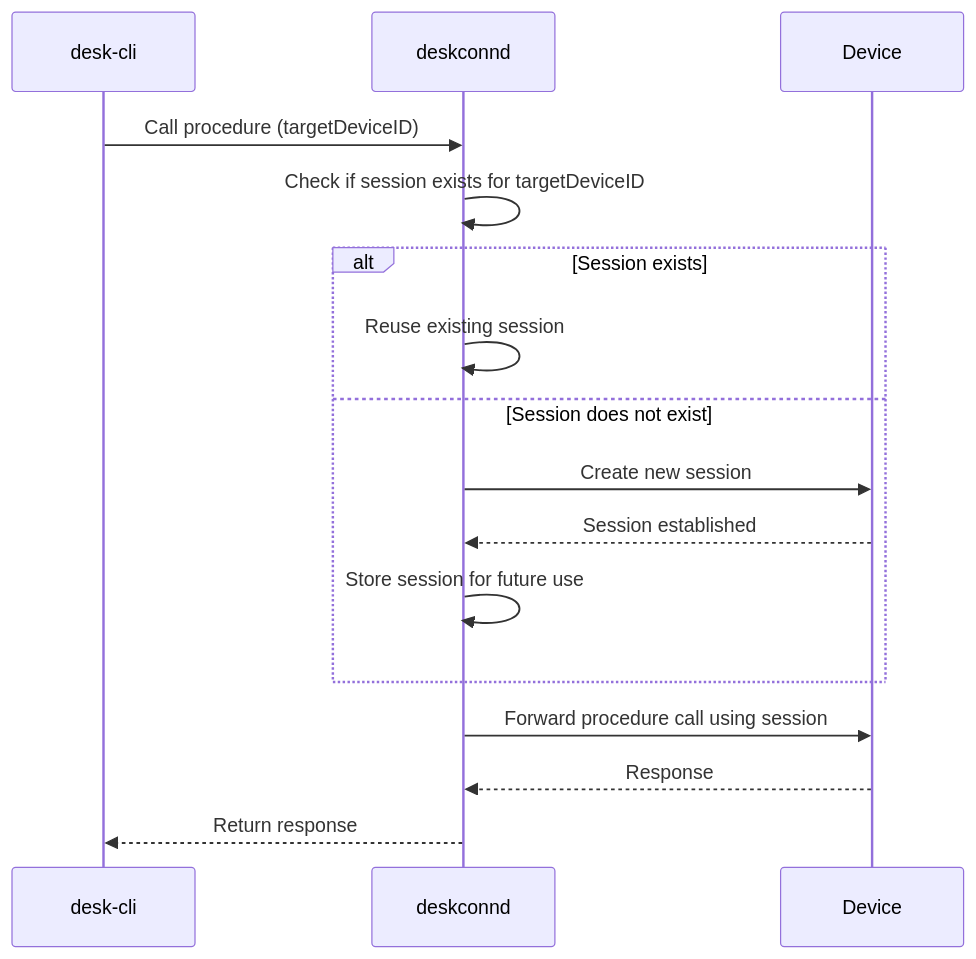
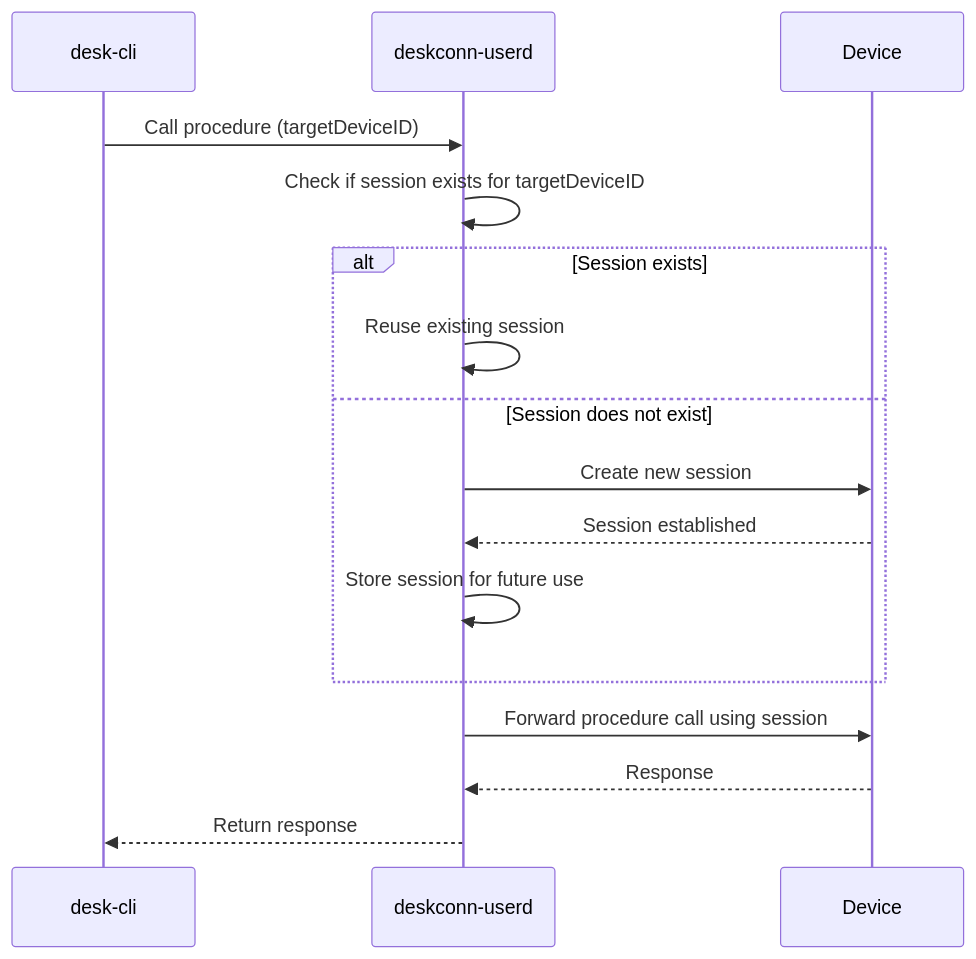
The fourth of 5 diagrams in architecture/architecture.md (xconnio/deskconn), drawn with Mermaid before and after one commit. The commit also changed other lines of this file and 21 other files, not shown here.

````diff
--- a/architecture/architecture.md
+++ b/architecture/architecture.md
@@ -65,22 +65,22 @@
 ```mermaid
 sequenceDiagram
     participant C as desk-cli
-    participant D as deskconnd
+    participant D as deskconn-userd
     participant Dev as Device
 
     C->>D: Call procedure (targetDeviceID)
 
     D->>D: Check if session exists for targetDeviceID
 
     alt Session exists
         D->>D: Reuse existing session
     else Session does not exist
         D->>Dev: Create new session
         Dev-->>D: Session established
         D->>D: Store session for future use
     end
 
     D->>Dev: Forward procedure call using session
     Dev-->>D: Response
     D-->>C: Return response
 ```
````
